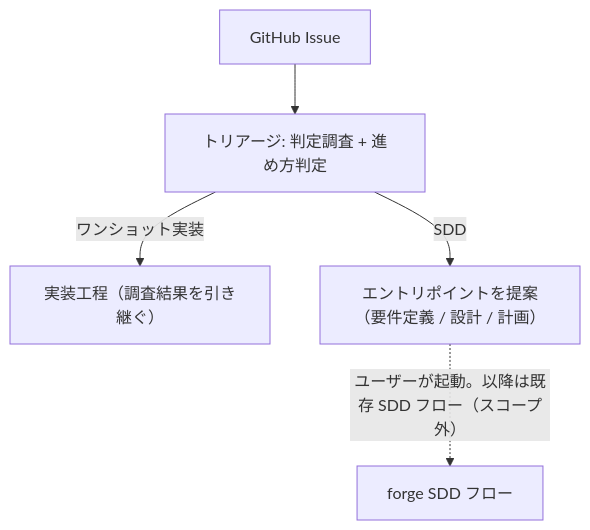
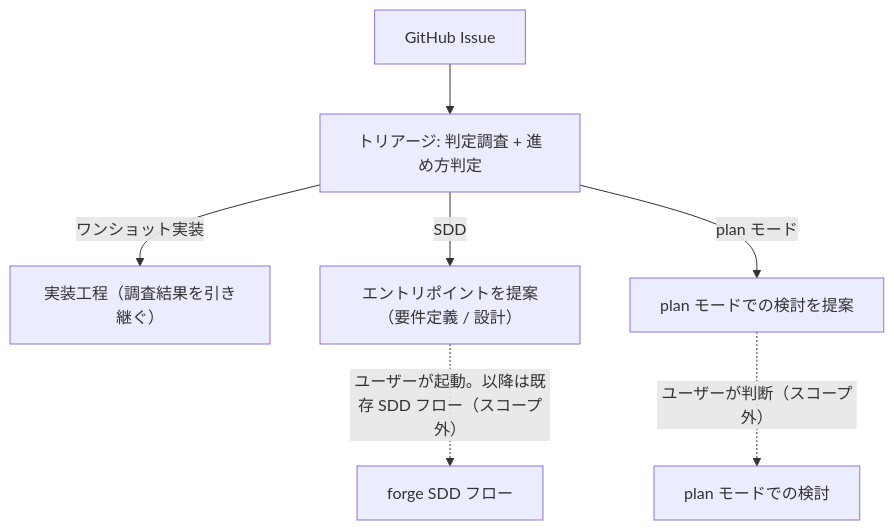
Before and after one commit to BlueEventHorizon/bw-cc-plugins: the diagram in docs/specs/anvil/triage-flow/requirements/REQ-007_dev_flow_triage.md, drawn with Mermaid. The commit also changed other lines of this file and 8 other files, not shown here.

````diff
--- a/docs/specs/anvil/triage-flow/requirements/REQ-007_dev_flow_triage.md
+++ b/docs/specs/anvil/triage-flow/requirements/REQ-007_dev_flow_triage.md
@@ -161,7 +188,9 @@
 ```mermaid
 flowchart TD
     Issue["GitHub Issue"] --> Triage["トリアージ: 判定調査 + 進め方判定"]
     Triage -->|"ワンショット実装"| Impl["実装工程（調査結果を引き継ぐ）"]
-    Triage -->|"SDD"| Entry["エントリポイントを提案（要件定義 / 設計 / 計画）"]
+    Triage -->|"SDD"| Entry["エントリポイントを提案（要件定義 / 設計）"]
+    Triage -->|"plan モード"| PM["plan モードでの検討を提案"]
     Entry -.->|"ユーザーが起動。以降は既存 SDD フロー（スコープ外）"| SDD["forge SDD フロー"]
+    PM -.->|"ユーザーが判断（スコープ外）"| Plan["plan モードでの検討"]
 ```
````
